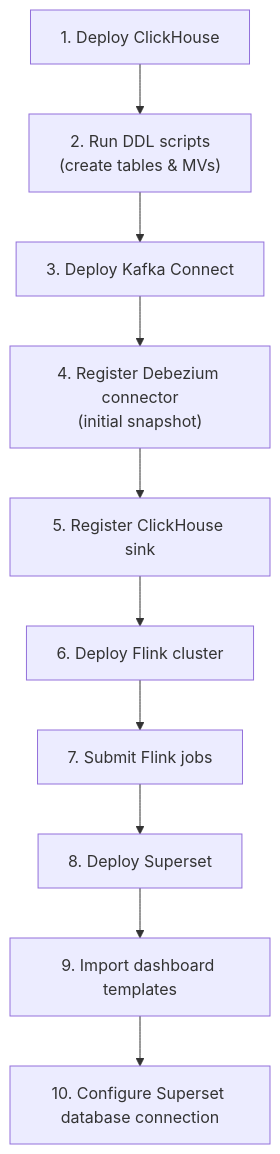
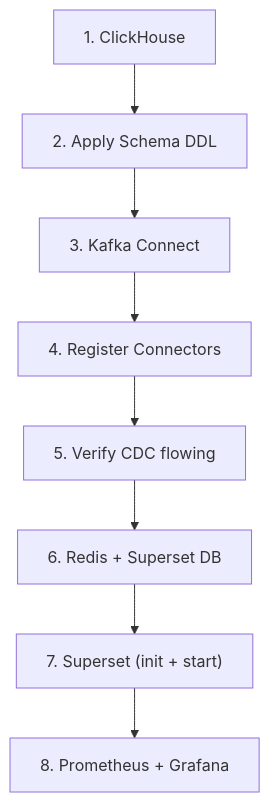
The diagram in docs/deployment-guide.md (Jayaprakash8887/cce-data-pipeline), drawn with Mermaid before and after one commit. The commit also changed other lines of this file and 7 other files, not shown here.

First line of the commit message:
Refactor technology stack documentation: Update CDC architecture, remove Flink, and enhance ClickHouse usage

````diff
--- a/docs/deployment-guide.md
+++ b/docs/deployment-guide.md
@@ -488,12 +184,10 @@
 ```mermaid
 flowchart TD
-    A["1. Deploy ClickHouse"] --> B["2. Run DDL scripts<br/>(create tables & MVs)"]
-    B --> C["3. Deploy Kafka Connect"]
-    C --> D["4. Register Debezium connector<br/>(initial snapshot)"]
-    D --> E["5. Register ClickHouse sink"]
-    E --> F["6. Deploy Flink cluster"]
-    F --> G["7. Submit Flink jobs"]
-    G --> H["8. Deploy Superset"]
-    H --> I["9. Import dashboard templates"]
-    I --> J["10. Configure Superset database connection"]
+    A["1. ClickHouse"] --> B["2. Apply Schema DDL"]
+    B --> C["3. Kafka Connect"]
+    C --> D["4. Register Connectors"]
+    D --> E["5. Verify CDC flowing"]
+    E --> F["6. Redis + Superset DB"]
+    F --> G["7. Superset (init + start)"]
+    G --> H["8. Prometheus + Grafana"]
 ```
````
